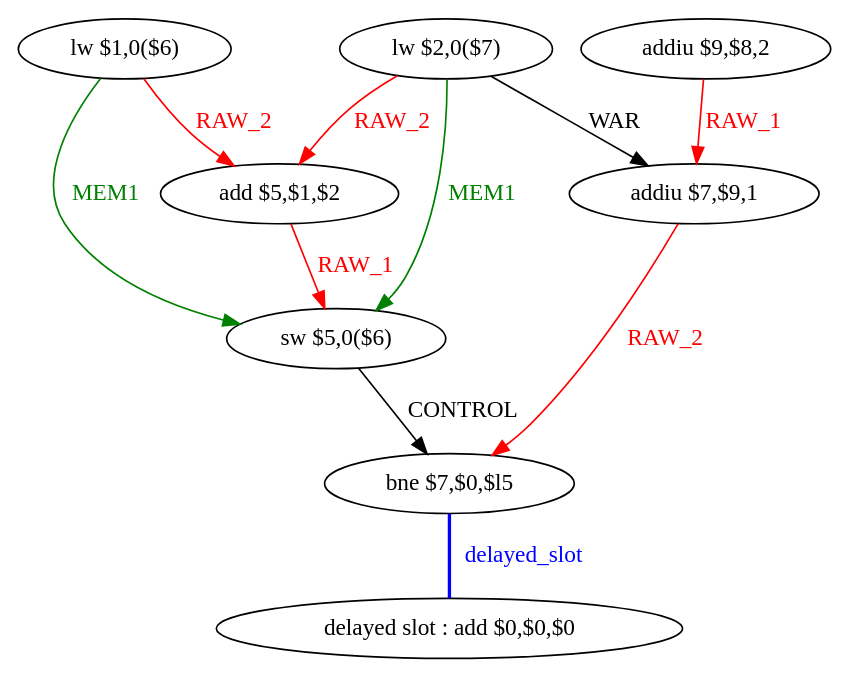
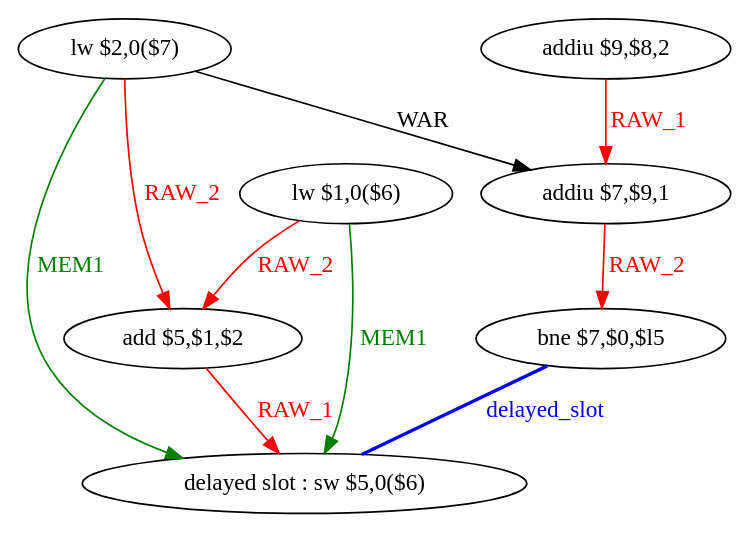
One commit to KatiaAMICHI/CompilationAvanc-e changed the diagram in CoursCA/CodeEtudiant2019/CodeEtudiant/tmp/test_td2_func_0_dfg_bb1_renamed.dot. Above: the diagram before and after it, drawn with Graphviz. The commit also changed 78 other files, not shown here.

```diff
--- a/CoursCA/CodeEtudiant2019/CodeEtudiant/tmp/test_td2_func_0_dfg_bb1_renamed.dot
+++ b/CoursCA/CodeEtudiant2019/CodeEtudiant/tmp/test_td2_func_0_dfg_bb1_renamed.dot
@@ -1,21 +1,19 @@
 digraph G1 {
 node [shape = ellipse];
-i7 [label = " delayed slot : add $0,$0,$0"] ;
-i6 ->  i7 [style = bold, dir= none, fontcolor = blue, color = blue, label= "delayed_slot"];
-i6 [label = "bne $7,$0,$l5"] ;
-i0 [label = "lw $1,0($6)"] ;
-i0 ->  i3 [color = green, fontcolor = green, label= "MEM1"];
-i0 ->  i2 [color = red, fontcolor = red, label= "RAW_2"];
-i3 [label = "sw $5,0($6)"] ;
-i3 ->  i6 [label= "CONTROL"];
-i2 [label = "add $5,$1,$2"] ;
+i6 [label = " delayed slot : sw $5,0($6)"] ;
+i5 ->  i6 [style = bold, dir= none, fontcolor = blue, color = blue, label= "delayed_slot"];
+i5 [label = "bne $7,$0,$l5"] ;
+i0 [label = "lw $2,0($7)"] ;
+i0 ->  i6 [color = green, fontcolor = green, label= "MEM1"];
+i0 ->  i4 [color = red, fontcolor = red, label= "RAW_2"];
+i0 ->  i3 [label= "WAR"];
+i4 [label = "add $5,$1,$2"] ;
+i4 ->  i6 [color = red, fontcolor = red, label= "RAW_1"];
+i3 [label = "addiu $7,$9,1"] ;
+i3 ->  i5 [color = red, fontcolor = red, label= "RAW_2"];
+i1 [label = "lw $1,0($6)"] ;
+i1 ->  i6 [color = green, fontcolor = green, label= "MEM1"];
+i1 ->  i4 [color = red, fontcolor = red, label= "RAW_2"];
+i2 [label = "addiu $9,$8,2"] ;
 i2 ->  i3 [color = red, fontcolor = red, label= "RAW_1"];
-i1 [label = "lw $2,0($7)"] ;
-i1 ->  i5 [label= "WAR"];
-i1 ->  i3 [color = green, fontcolor = green, label= "MEM1"];
-i1 ->  i2 [color = red, fontcolor = red, label= "RAW_2"];
-i5 [label = "addiu $7,$9,1"] ;
-i5 ->  i6 [color = red, fontcolor = red, label= "RAW_2"];
-i4 [label = "addiu $9,$8,2"] ;
-i4 ->  i5 [color = red, fontcolor = red, label= "RAW_1"];
 }
```
